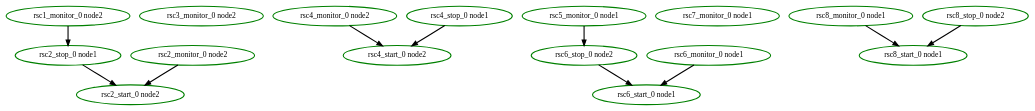
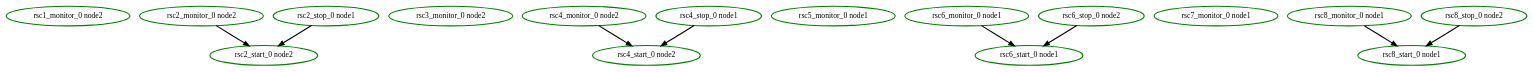
Before and after one commit to ClusterLabs/pacemaker: the diagram in cts/scheduler/dot/order6.dot, drawn with Graphviz. The commit also changed 19 other files, not shown here.

```diff
--- a/cts/scheduler/dot/order6.dot
+++ b/cts/scheduler/dot/order6.dot
@@ -1,28 +1,26 @@
  digraph "g" {
-"rsc1_monitor_0 node2" -> "rsc2_stop_0 node1" [ style = bold]
 "rsc1_monitor_0 node2" [ style=bold color="green" fontcolor="black"]
 "rsc2_monitor_0 node2" -> "rsc2_start_0 node2" [ style = bold]
 "rsc2_monitor_0 node2" [ style=bold color="green" fontcolor="black"]
 "rsc2_start_0 node2" [ style=bold color="green" fontcolor="black"]
 "rsc2_stop_0 node1" -> "rsc2_start_0 node2" [ style = bold]
 "rsc2_stop_0 node1" [ style=bold color="green" fontcolor="black"]
 "rsc3_monitor_0 node2" [ style=bold color="green" fontcolor="black"]
 "rsc4_monitor_0 node2" -> "rsc4_start_0 node2" [ style = bold]
 "rsc4_monitor_0 node2" [ style=bold color="green" fontcolor="black"]
 "rsc4_start_0 node2" [ style=bold color="green" fontcolor="black"]
 "rsc4_stop_0 node1" -> "rsc4_start_0 node2" [ style = bold]
 "rsc4_stop_0 node1" [ style=bold color="green" fontcolor="black"]
-"rsc5_monitor_0 node1" -> "rsc6_stop_0 node2" [ style = bold]
 "rsc5_monitor_0 node1" [ style=bold color="green" fontcolor="black"]
 "rsc6_monitor_0 node1" -> "rsc6_start_0 node1" [ style = bold]
 "rsc6_monitor_0 node1" [ style=bold color="green" fontcolor="black"]
 "rsc6_start_0 node1" [ style=bold color="green" fontcolor="black"]
 "rsc6_stop_0 node2" -> "rsc6_start_0 node1" [ style = bold]
 "rsc6_stop_0 node2" [ style=bold color="green" fontcolor="black"]
 "rsc7_monitor_0 node1" [ style=bold color="green" fontcolor="black"]
 "rsc8_monitor_0 node1" -> "rsc8_start_0 node1" [ style = bold]
 "rsc8_monitor_0 node1" [ style=bold color="green" fontcolor="black"]
 "rsc8_start_0 node1" [ style=bold color="green" fontcolor="black"]
 "rsc8_stop_0 node2" -> "rsc8_start_0 node1" [ style = bold]
 "rsc8_stop_0 node2" [ style=bold color="green" fontcolor="black"]
 }
```
